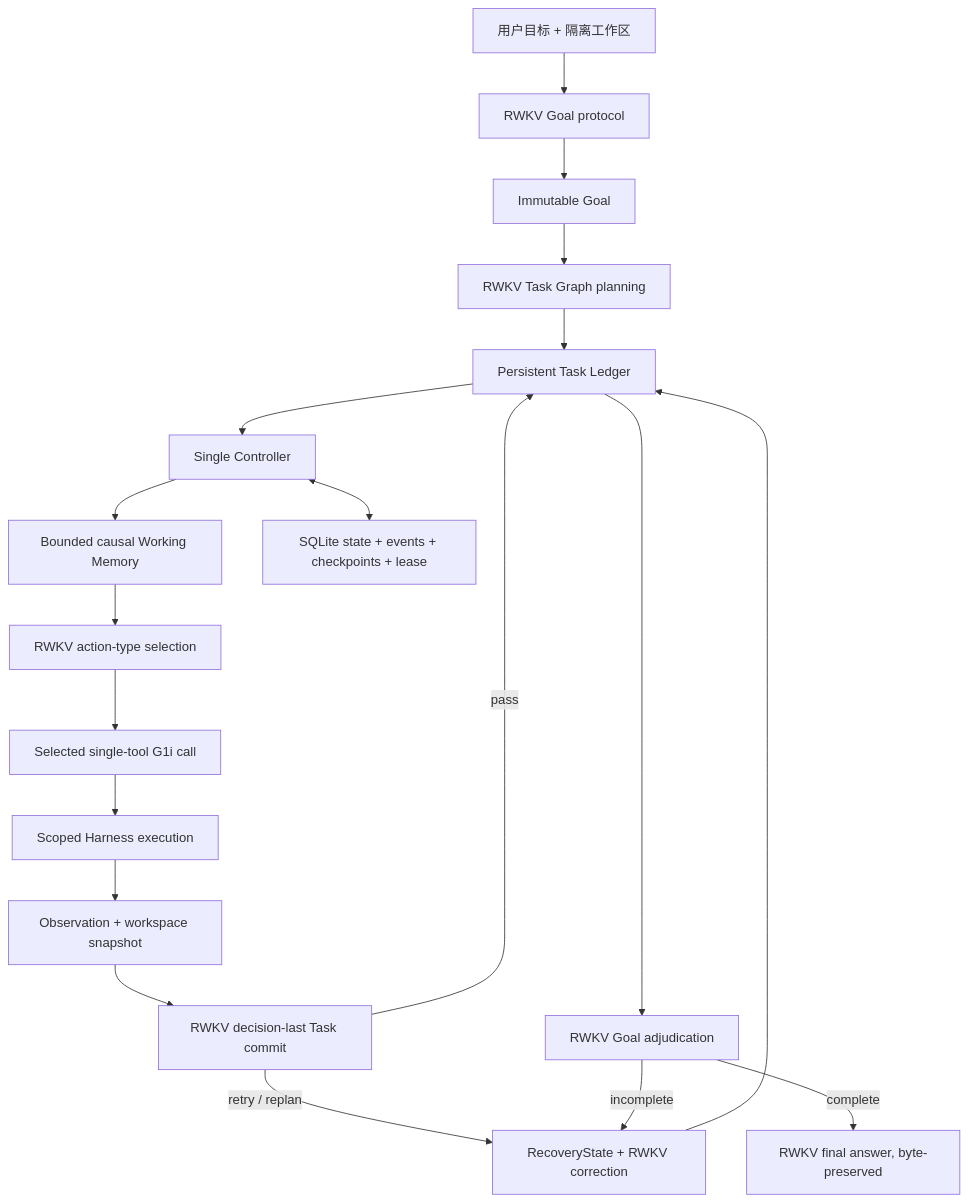
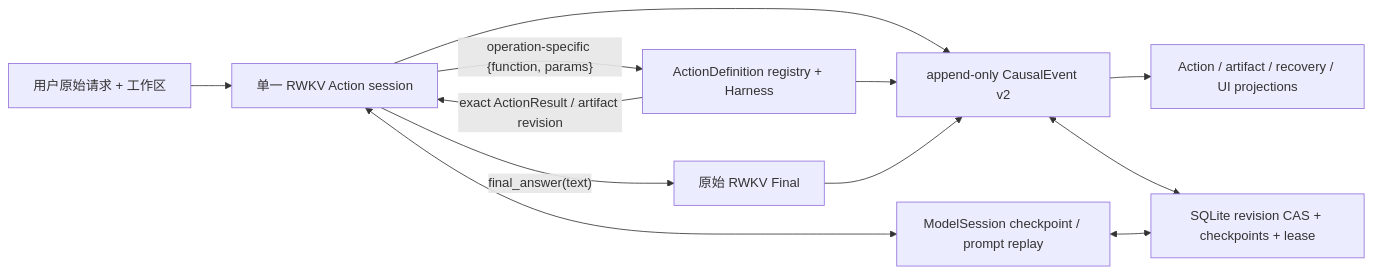
The diagram in README.md (rwkv-rs/RWKV-LH), drawn with Mermaid before and after one commit. The commit also changed other lines of this file and 922 other files, not shown here.

````diff
--- a/README.md
+++ b/README.md
@@ -42,21 +13,11 @@
 ```mermaid
-flowchart TD
-    U["用户目标 + 隔离工作区"] --> GP["RWKV Goal protocol"]
-    GP --> G["Immutable Goal"]
-    G --> P["RWKV Task Graph planning"]
-    P --> L["Persistent Task Ledger"]
-    L --> C["Single Controller"]
-    C --> M["Bounded causal Working Memory"]
-    M --> AT["RWKV action-type selection"]
-    AT --> FC["Selected single-tool G1i call"]
-    FC --> H["Scoped Harness execution"]
-    H --> O["Observation + workspace snapshot"]
-    O --> TC["RWKV decision-last Task commit"]
-    TC -->|"pass"| L
-    TC -->|"retry / replan"| R["RecoveryState + RWKV correction"]
-    R --> L
-    L --> GA["RWKV Goal adjudication"]
-    GA -->|"incomplete"| R
-    GA -->|"complete"| F["RWKV final answer, byte-preserved"]
-    C <--> DB["SQLite state + events + checkpoints + lease"]
+flowchart LR
+    U["用户原始请求 + 工作区"] --> S["单一 RWKV Action session"]
+    S -->|"operation-specific {function, params}"| H["ActionDefinition registry + Harness"]
+    H -->|"exact ActionResult / artifact revision"| S
+    S -->|"final_answer(text)"| F["原始 RWKV Final"]
+    S <--> M["ModelSession checkpoint / prompt replay"]
+    S & H & F --> E["append-only CausalEvent v2"]
+    E --> P["Action / artifact / recovery / UI projections"]
+    E & M <--> DB["SQLite revision CAS + checkpoints + lease"]
 ```
````
